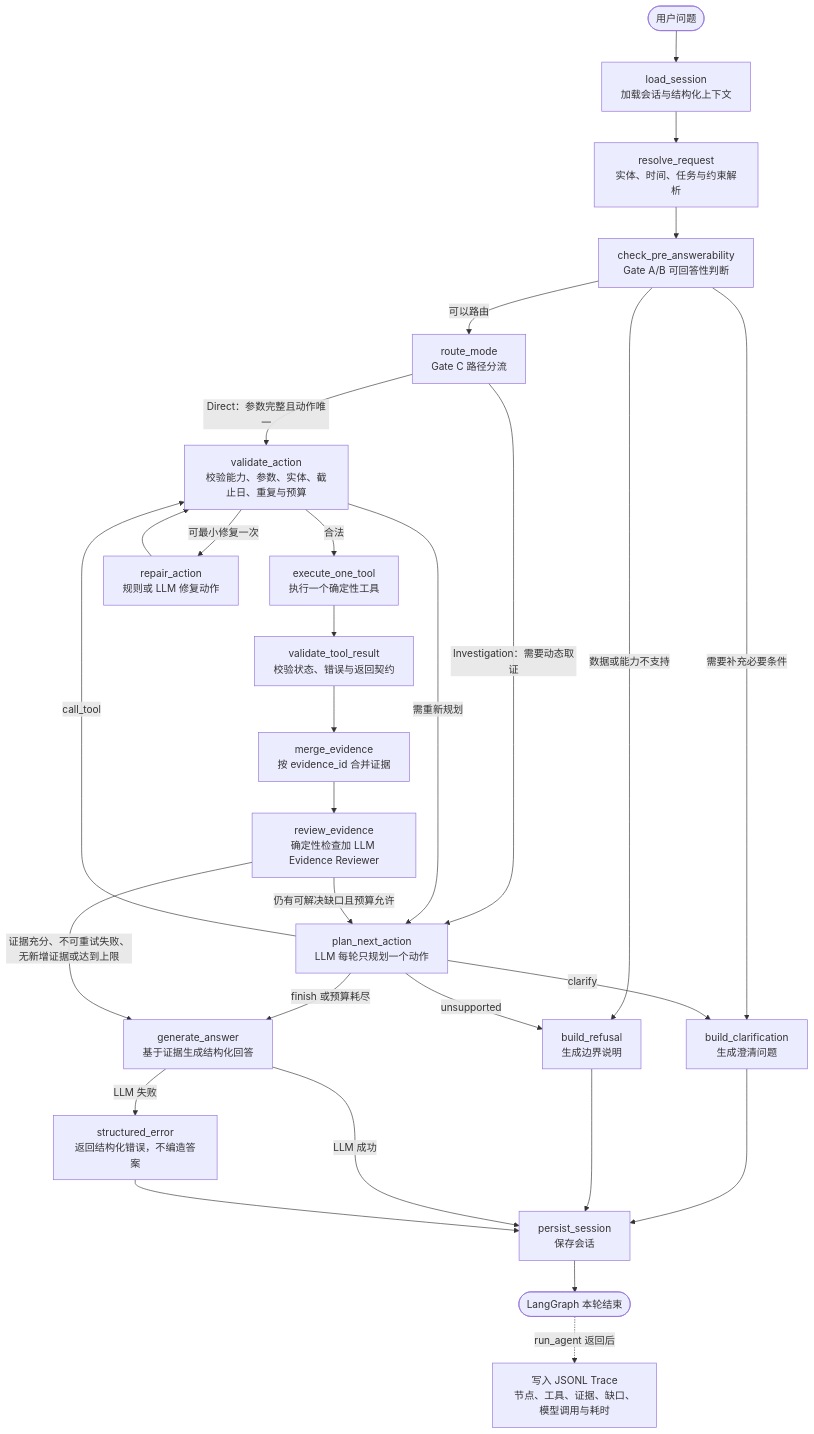
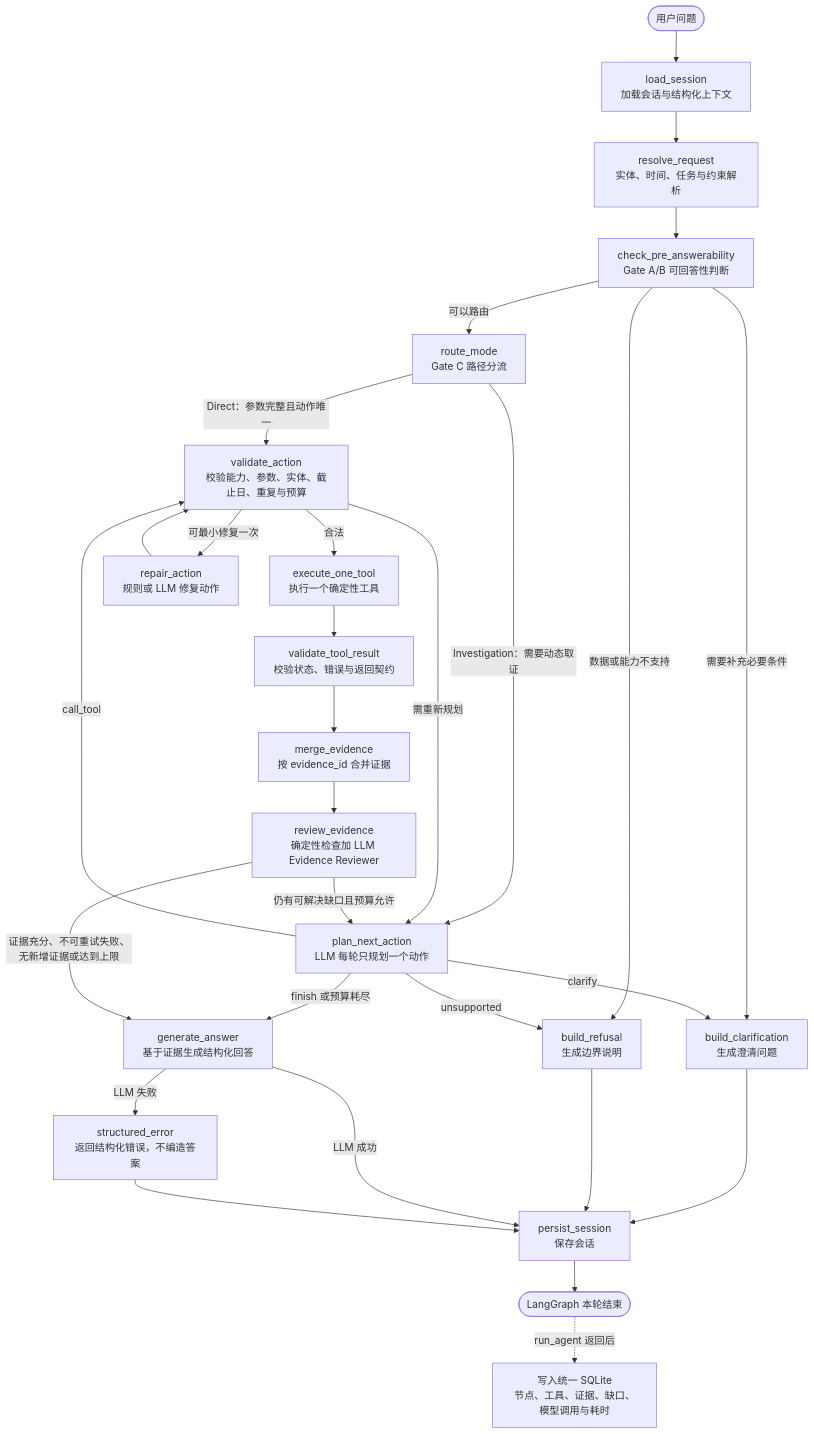
The diagram in docs/04-在线Agent、记忆、路由与证据工作流.md (Ink0722/FinTrace), drawn with Mermaid before and after one commit. The commit also changed other lines of this file and 12 other files, not shown here.

````diff
--- a/docs/04-在线Agent、记忆、路由与证据工作流.md
+++ b/docs/04-在线Agent、记忆、路由与证据工作流.md
@@ -19,38 +33,38 @@
 ```mermaid
 flowchart TD
     START([用户问题]) --> LS[load_session<br/>加载会话与结构化上下文]
     LS --> RR[resolve_request<br/>实体、时间、任务与约束解析]
     RR --> PA[check_pre_answerability<br/>Gate A/B 可回答性判断]
 
     PA -->|需要补充必要条件| BC[build_clarification<br/>生成澄清问题]
     PA -->|数据或能力不支持| BR[build_refusal<br/>生成边界说明]
     PA -->|可以路由| RM[route_mode<br/>Gate C 路径分流]
     BC --> PS[persist_session<br/>保存会话]
     BR --> PS
 
     RM -->|Direct：参数完整且动作唯一| VA[validate_action<br/>校验能力、参数、实体、截止日、重复与预算]
     RM -->|Investigation：需要动态取证| PN[plan_next_action<br/>LLM 每轮只规划一个动作]
 
     PN -->|call_tool| VA
     PN -->|clarify| BC
     PN -->|unsupported| BR
     PN -->|finish 或预算耗尽| GA[generate_answer<br/>基于证据生成结构化回答]
 
     VA -->|合法| ET[execute_one_tool<br/>执行一个确定性工具]
     VA -->|可最小修复一次| RA[repair_action<br/>规则或 LLM 修复动作]
     VA -->|需重新规划| PN
     RA --> VA
 
     ET --> VT[validate_tool_result<br/>校验状态、错误与返回契约]
     VT --> ME[merge_evidence<br/>按 evidence_id 合并证据]
     ME --> RE[review_evidence<br/>确定性检查加 LLM Evidence Reviewer]
 
     RE -->|仍有可解决缺口且预算允许| PN
     RE -->|证据充分、不可重试失败、无新增证据或达到上限| GA
 
     GA -->|LLM 成功| PS
     GA -->|LLM 失败| SE[structured_error<br/>返回结构化错误，不编造答案]
     SE --> PS
     PS --> END([LangGraph 本轮结束])
-    END -. run_agent 返回后 .-> TRACE[写入 JSONL Trace<br/>节点、工具、证据、缺口、模型调用与耗时]
+    END -. run_agent 返回后 .-> TRACE[写入统一 SQLite<br/>节点、工具、证据、缺口、模型调用与耗时]
 ```
````
